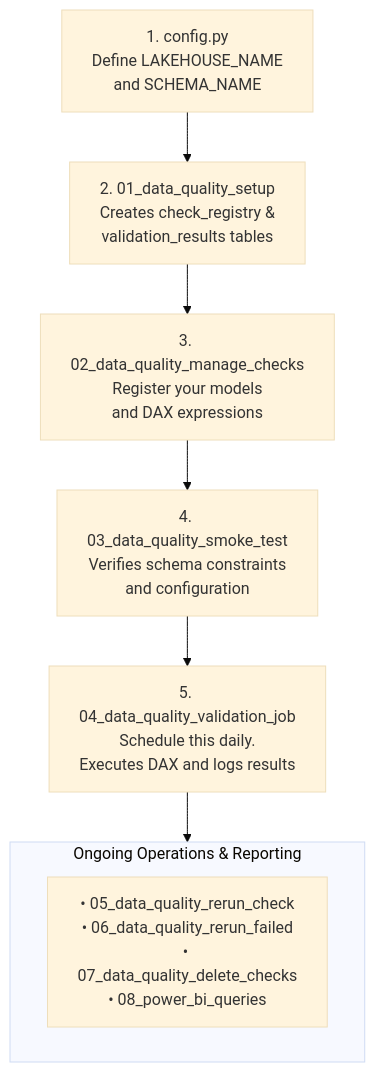
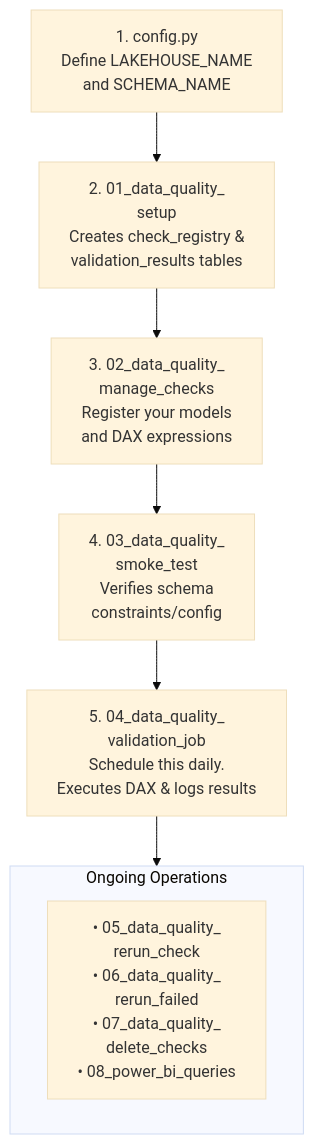
The second of 3 diagrams in README.md (edwardpcharles/fabric-pbi-data-quality-notebook), drawn with Mermaid (base theme) before and after one commit. The commit also changed other lines of this file, not shown here.

Commit message:
docs: brutally chunk mermaid strings to fit tight CSS limits

````diff
--- a/README.md
+++ b/README.md
@@ -44,14 +44,14 @@
 ```mermaid
 flowchart TD
     Config["1. config.py<br>Define LAKEHOUSE_NAME<br>and SCHEMA_NAME"]
-    Setup["2. 01_data_quality_setup<br>Creates check_registry &<br>validation_results tables"]
-    Manage["3. 02_data_quality_manage_checks<br>Register your models<br>and DAX expressions"]
-    Smoke["4. 03_data_quality_smoke_test<br>Verifies schema constraints<br>and configuration"]
-    Job["5. 04_data_quality_validation_job<br>Schedule this daily.<br>Executes DAX and logs results"]
+    Setup["2. 01_data_quality_<br>setup<br>Creates check_registry &<br>validation_results tables"]
+    Manage["3. 02_data_quality_<br>manage_checks<br>Register your models<br>and DAX expressions"]
+    Smoke["4. 03_data_quality_<br>smoke_test<br>Verifies schema<br>constraints/config"]
+    Job["5. 04_data_quality_<br>validation_job<br>Schedule this daily.<br>Executes DAX & logs results"]
     
-    subgraph Operations [Ongoing Operations & Reporting]
-        OpsFiles["• 05_data_quality_rerun_check<br>• 06_data_quality_rerun_failed<br>• 07_data_quality_delete_checks<br>• 08_power_bi_queries"]
+    subgraph Operations [Ongoing Operations]
+        OpsFiles["• 05_data_quality_<br>rerun_check<br>• 06_data_quality_<br>rerun_failed<br>• 07_data_quality_<br>delete_checks<br>• 08_power_bi_queries"]
     end
 
     Config --> Setup --> Manage --> Smoke --> Job --> Operations
 ```
````
